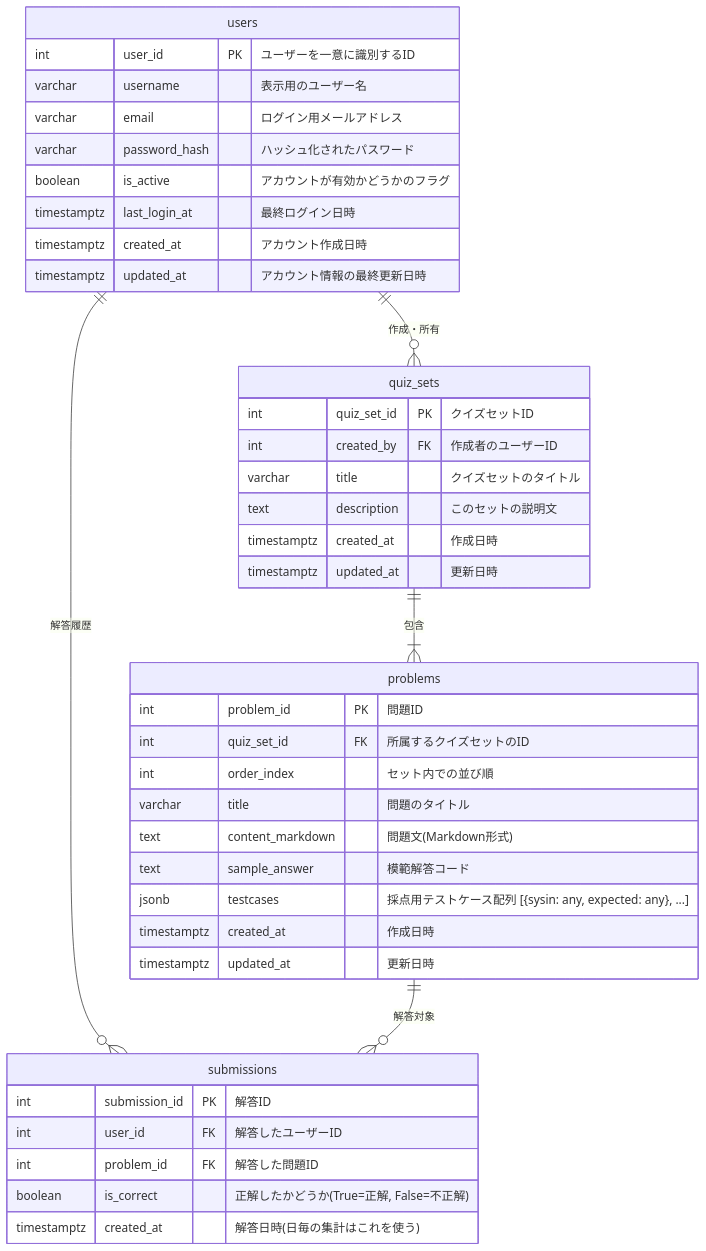
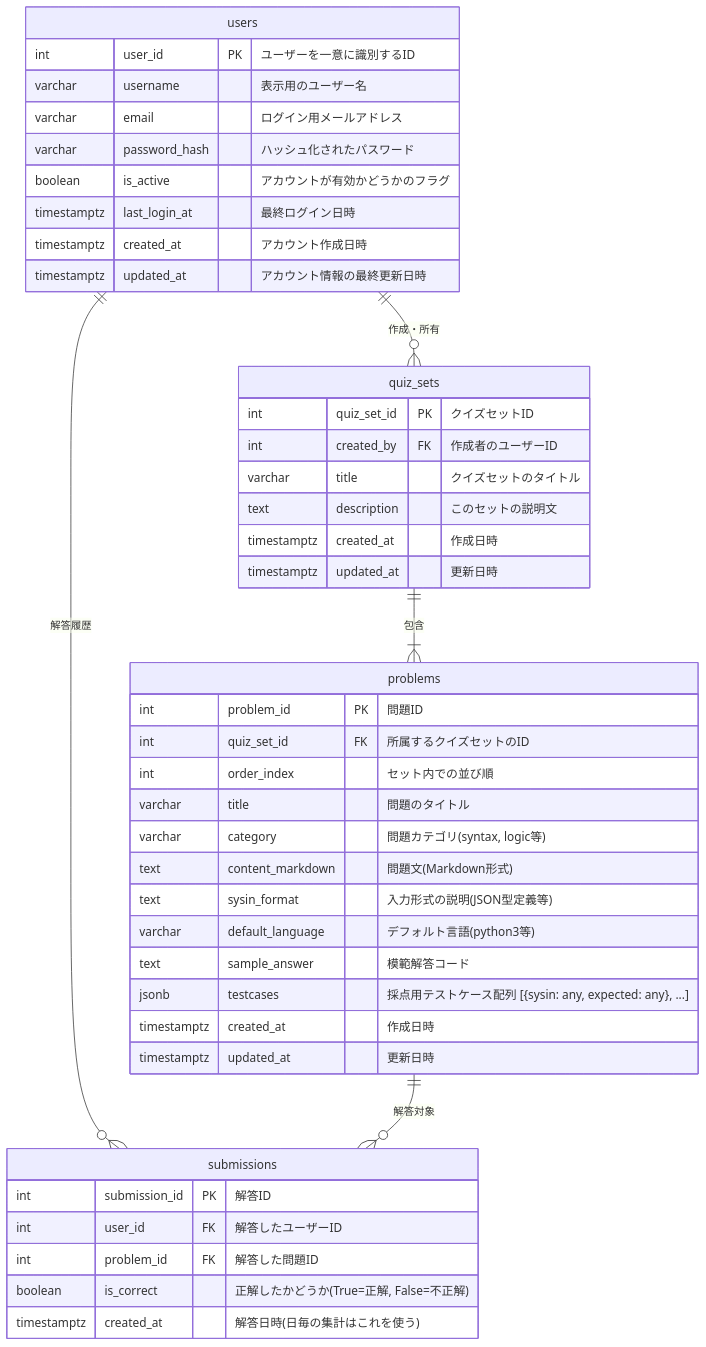
Before and after one commit to heyho99/under_code: the diagram in design_docs/er-diagram.md, drawn with Mermaid. The commit also changed 14 other files, not shown here.

````diff
--- a/design_docs/er-diagram.md
+++ b/design_docs/er-diagram.md
@@ -1,48 +1,51 @@
 ```mermaid
 erDiagram
     users ||--o{ quiz_sets : "作成・所有"
     users ||--o{ submissions : "解答履歴"
     
     quiz_sets ||--|{ problems : "包含"
     problems ||--o{ submissions : "解答対象"
 
     users {
         int user_id PK "ユーザーを一意に識別するID"
         varchar username "表示用のユーザー名"
         varchar email "ログイン用メールアドレス"
         varchar password_hash "ハッシュ化されたパスワード"
         boolean is_active "アカウントが有効かどうかのフラグ"
         timestamptz last_login_at "最終ログイン日時"
         timestamptz created_at "アカウント作成日時"
         timestamptz updated_at "アカウント情報の最終更新日時"
     }
 
     quiz_sets {
         int quiz_set_id PK "クイズセットID"
         int created_by FK "作成者のユーザーID"
         varchar title "クイズセットのタイトル"
         text description "このセットの説明文"
         timestamptz created_at "作成日時"
         timestamptz updated_at "更新日時"
     }
 
     problems {
         int problem_id PK "問題ID"
         int quiz_set_id FK "所属するクイズセットのID"
         int order_index "セット内での並び順"
         varchar title "問題のタイトル"
+        varchar category "問題カテゴリ(syntax, logic等)"
         text content_markdown "問題文(Markdown形式)"
+        text sysin_format "入力形式の説明(JSON型定義等)"
+        varchar default_language "デフォルト言語(python3等)"
         text sample_answer "模範解答コード"
         jsonb testcases "採点用テストケース配列 [{sysin: any, expected: any}, ...]"
         timestamptz created_at "作成日時"
         timestamptz updated_at "更新日時"
     }
 
     submissions {
         int submission_id PK "解答ID"
         int user_id FK "解答したユーザーID"
         int problem_id FK "解答した問題ID"
         boolean is_correct "正解したかどうか(True=正解, False=不正解)"
         timestamptz created_at "解答日時(日毎の集計はこれを使う)"
     }
 ```
````
